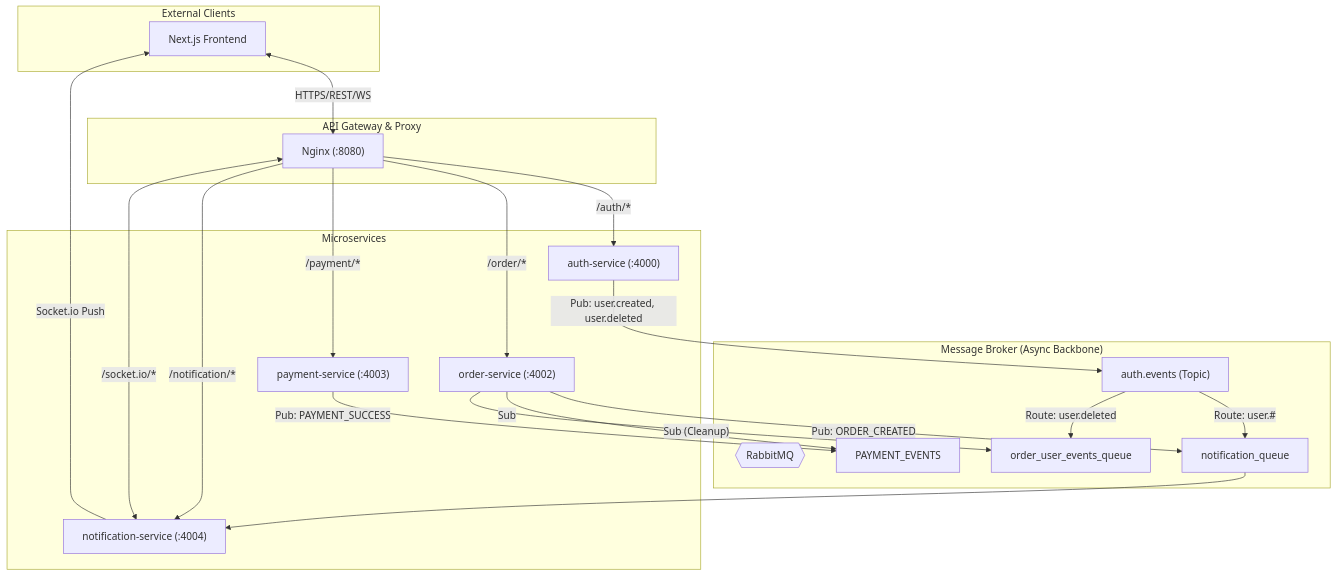
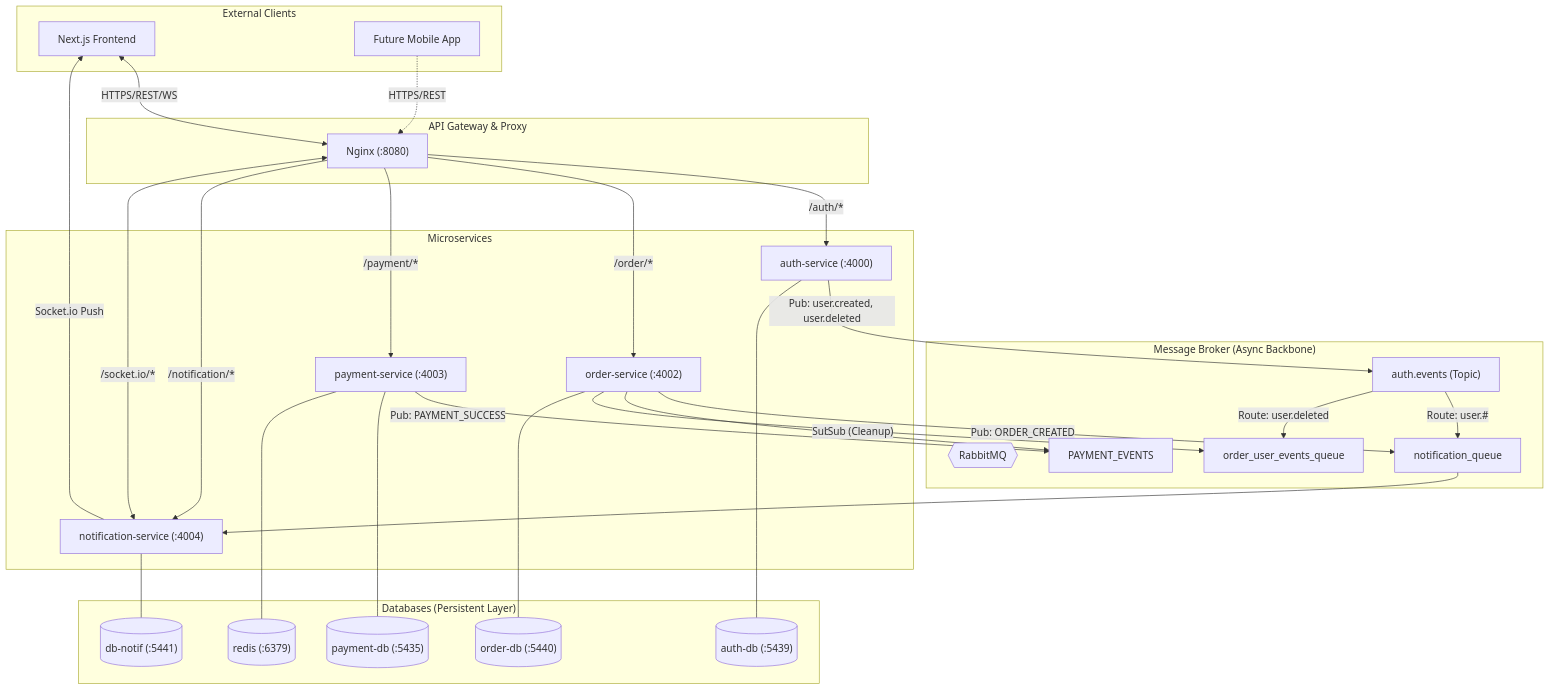
The first of 22 diagrams in profile/README.md (Food-Delivery-Aggregator/.github), drawn with Mermaid before and after one commit. The commit also changed other lines of this file, not shown here.

````diff
--- a/profile/README.md
+++ b/profile/README.md
@@ -116,50 +116,67 @@
 ```mermaid
 flowchart TD
     subgraph "External Clients"
         FE[Next.js Frontend]
+        MOBILE[Future Mobile App]
     end
 
     subgraph "API Gateway & Proxy"
         NGX["Nginx (:8080)"]
     end
 
     subgraph "Message Broker (Async Backbone)"
         RMQ{{"RabbitMQ"}}
         EX_AUTH["auth.events (Topic)"]
         Q_NOTIF["notification_queue"]
         Q_PAY["PAYMENT_EVENTS"]
         Q_ORDER_USER["order_user_events_queue"]
     end
 
     subgraph "Microservices"
         AUTH["auth-service (:4000)"]
         ORDER["order-service (:4002)"]
         PAY["payment-service (:4003)"]
         NOTIFY["notification-service (:4004)"]
     end
 
+    subgraph "Databases (Persistent Layer)"
+        DB_AUTH[("auth-db (:5439)")]
+        DB_ORDER[("order-db (:5440)")]
+        DB_PAY[("payment-db (:5435)")]
+        DB_NOTIF[("db-notif (:5441)")]
+        REDIS[("redis (:6379)")]
+    end
+
     %% Synchronous Flows (HTTP/WS)
     FE <-->|HTTPS/REST/WS| NGX
+    MOBILE -.->|HTTPS/REST| NGX
     
     NGX -->|/auth/*| AUTH
     NGX -->|/order/*| ORDER
     NGX -->|/payment/*| PAY
     NGX -->|/notification/*| NOTIFY
     NGX <-->|/socket.io/*| NOTIFY
 
     %% Asynchronous Flows (RabbitMQ)
     AUTH --"Pub: user.created, user.deleted"--> EX_AUTH
     EX_AUTH --"Route: user.#"--> Q_NOTIF
     EX_AUTH --"Route: user.deleted"--> Q_ORDER_USER
     
     ORDER --"Pub: ORDER_CREATED"--> Q_NOTIF
     ORDER --"Sub"--> Q_PAY
     ORDER --"Sub (Cleanup)"--> Q_ORDER_USER
 
     PAY --"Pub: PAYMENT_SUCCESS"--> Q_PAY
     
     Q_NOTIF --> NOTIFY
     
     %% Real-time Push
     NOTIFY --"Socket.io Push"--> FE
+
+    %% Database Connections
+    AUTH --- DB_AUTH
+    ORDER --- DB_ORDER
+    PAY --- DB_PAY
+    PAY --- REDIS
+    NOTIFY --- DB_NOTIF
 ```
````
